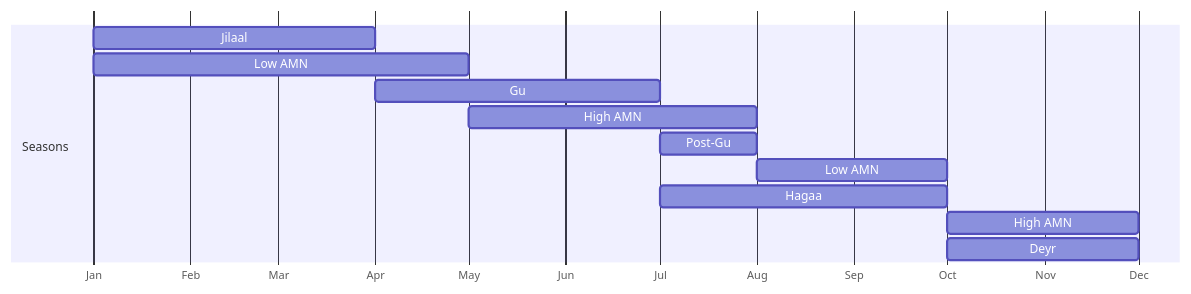
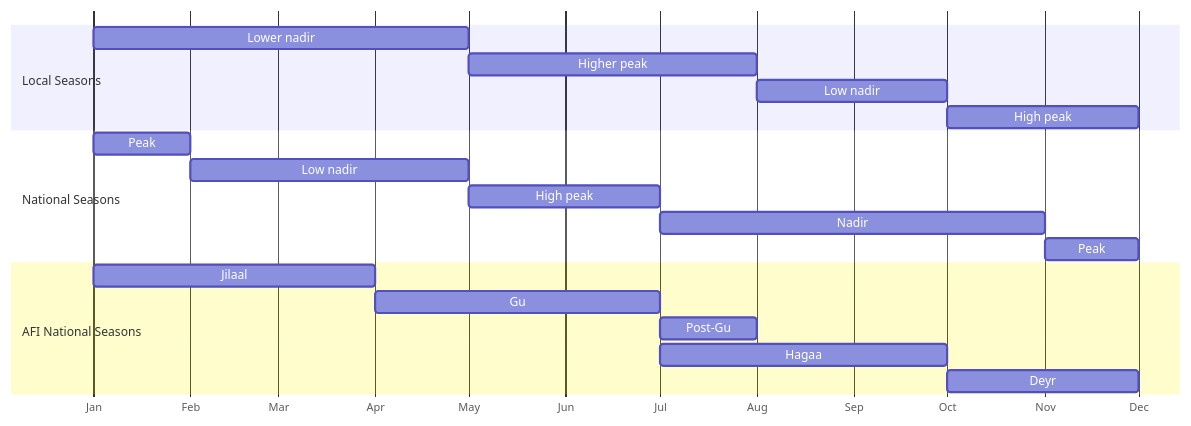
One commit to nutimes/som-sam-admit changed the tenth of 10 diagrams in report.qmd. Above: the diagram before and after it, drawn with Mermaid. The commit also changed other lines of this file, not shown here.

````diff
--- a/report.qmd
+++ b/report.qmd
@@ -751,19 +772,26 @@
 ```{mermaid}
 %%| label: fig-afi-amn-calendar-urbanidps
-%%| fig-cap: AFI seasonal calendar vs AMN seasonal calendar
+%%| fig-cap: AMN seasonal calendar *versus* AFI seasonal calendar
 
 gantt
     dateFormat M
     axisFormat %b
     todayMarker off
-    section Seasons
+    section Local Seasons
+    Lower nadir :amn1, 1, 5
+    Higher peak :amn2, 5, 8
+    Low nadir :amn3, 8, 10
+    High peak :amn4, 10, 12
+    section National Seasons
+    Peak :ntl1, 1, 2
+    Low nadir :ntl2, 2, 5
+    High peak :ntl3, 5, 7
+    Nadir :ntl4, 7, 11
+    Peak :ntl5, 11, 12
+    section AFI National Seasons
     Jilaal :afi1, 1, 4
-    Low AMN :amn1, 1, 5
     Gu     :afi2, 4, 7
-    High AMN :amn2, 5, 8
     Post-Gu:afi3, 7, 8
-    Low AMN :amn3, 8, 10
     Hagaa  :afi4, 7, 10
-    High AMN :amn4, 10, 12
     Deyr   :afi5, 10, 12
 ```
````
